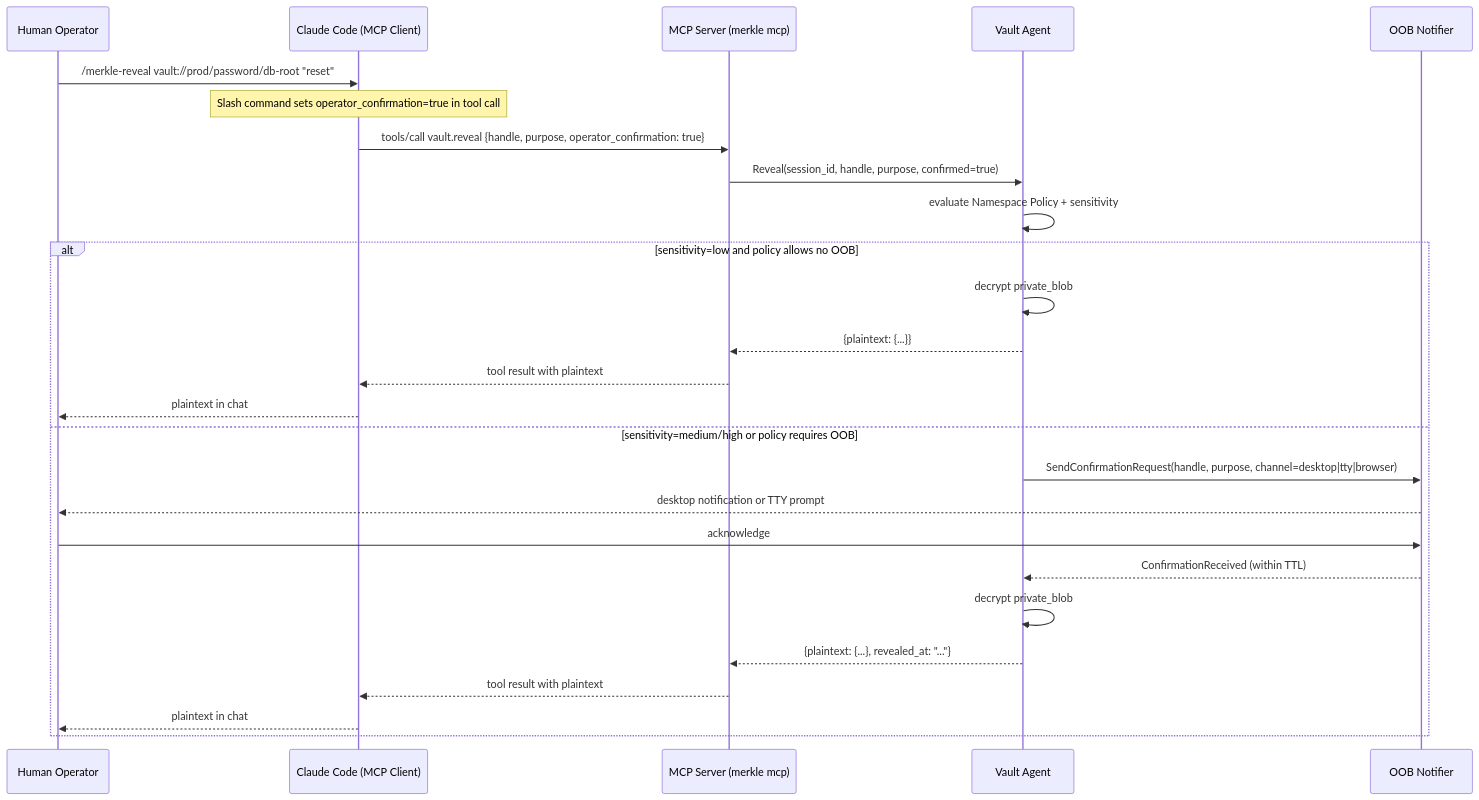
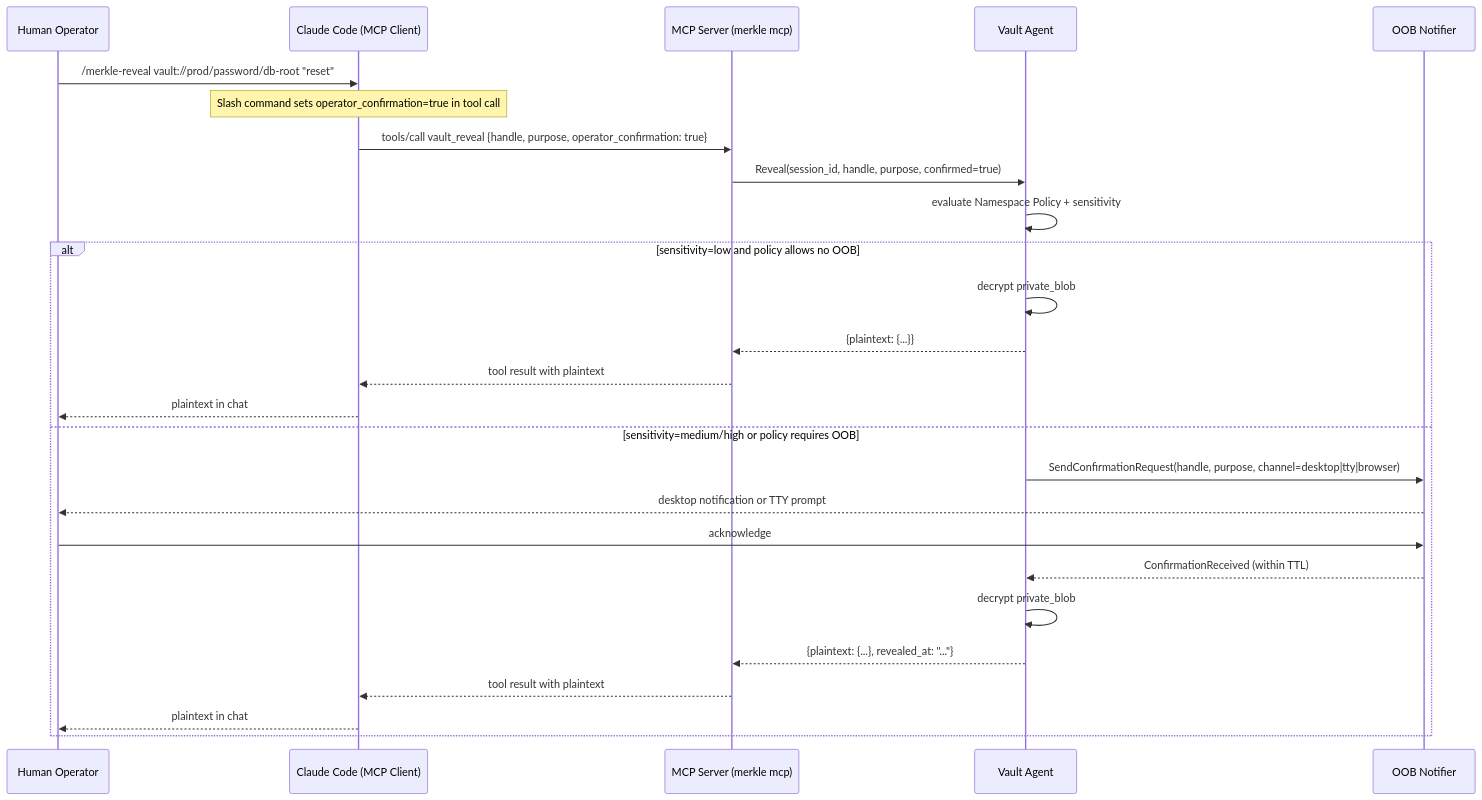
Before and after one commit to farchanjo/merkle: the diagram in docs/arch/integrations/claude-code-wiring.md, drawn with Mermaid. The commit also changed other lines of this file and 6 other files, not shown here.

````diff
--- a/docs/arch/integrations/claude-code-wiring.md
+++ b/docs/arch/integrations/claude-code-wiring.md
@@ -162,29 +162,29 @@
 ```mermaid
 sequenceDiagram
     participant Operator as Human Operator
     participant CC as Claude Code (MCP Client)
     participant Server as MCP Server (merkle mcp)
     participant Agent as Vault Agent
     participant OOB as OOB Notifier
 
     Operator->>CC: /merkle-reveal vault://prod/password/db-root "reset"
     Note over CC: Slash command sets operator_confirmation=true in tool call
-    CC->>Server: tools/call vault.reveal {handle, purpose, operator_confirmation: true}
+    CC->>Server: tools/call vault_reveal {handle, purpose, operator_confirmation: true}
     Server->>Agent: Reveal(session_id, handle, purpose, confirmed=true)
     Agent->>Agent: evaluate Namespace Policy + sensitivity
     alt sensitivity=low and policy allows no OOB
         Agent->>Agent: decrypt private_blob
         Agent-->>Server: {plaintext: {...}}
         Server-->>CC: tool result with plaintext
         CC-->>Operator: plaintext in chat
     else sensitivity=medium/high or policy requires OOB
         Agent->>OOB: SendConfirmationRequest(handle, purpose, channel=desktop|tty|browser)
         OOB-->>Operator: desktop notification or TTY prompt
         Operator->>OOB: acknowledge
         OOB-->>Agent: ConfirmationReceived (within TTL)
         Agent->>Agent: decrypt private_blob
         Agent-->>Server: {plaintext: {...}, revealed_at: "..."}
         Server-->>CC: tool result with plaintext
         CC-->>Operator: plaintext in chat
     end
 ```
````
